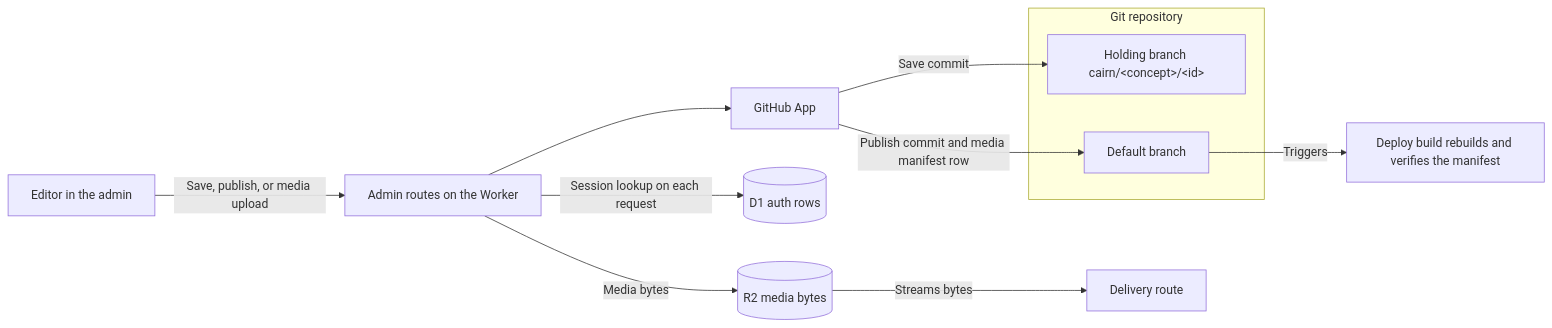
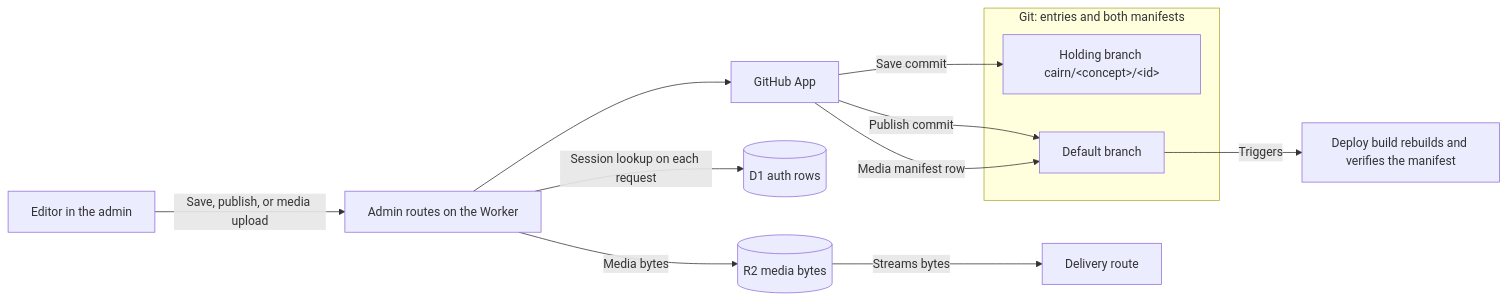
One commit to glw907/cairn-cms changed the diagram in docs/extend/architecture.md. Above: the diagram before and after it, drawn with Mermaid. The commit also changed other lines of this file and 12 other files, not shown here.

````diff
--- a/docs/extend/architecture.md
+++ b/docs/extend/architecture.md
@@ -64,24 +76,25 @@
 ```mermaid
 flowchart LR
   accTitle: Diagram of the write path and the three data tiers, showing which admin action reaches git, D1, or R2
   accDescr: An editor's save, publish, or media upload reaches the admin routes on the Worker, whose guard looks up the session row in D1 on each request. The routes commit through the GitHub App, a save to the holding branch cairn/concept/id and a publish or a media manifest row to the default branch. A media upload also stores its bytes in R2. The publish commit triggers the deploy, whose build rebuilds and verifies the content manifest, and the delivery route streams media bytes from R2.
   editor[Editor in the admin]
   worker[Admin routes on the Worker]
   app[GitHub App]
-  subgraph git[Git repository]
+  subgraph git[Git: entries and both manifests]
     hold["Holding branch cairn/#lt;concept#gt;/#lt;id#gt;"]
     main[Default branch]
   end
   d1[("D1 auth rows")]
   r2[("R2 media bytes")]
   build["Deploy build rebuilds and verifies the manifest"]
   delivery[Delivery route]
   editor -->|Save, publish, or media upload| worker
   worker -->|Session lookup on each request| d1
   worker -->|Media bytes| r2
   worker --> app
   app -->|Save commit| hold
-  app -->|Publish commit and media manifest row| main
+  app -->|Publish commit| main
+  app -->|Media manifest row| main
   main -->|Triggers| build
   r2 -->|Streams bytes| delivery
 ```
````
